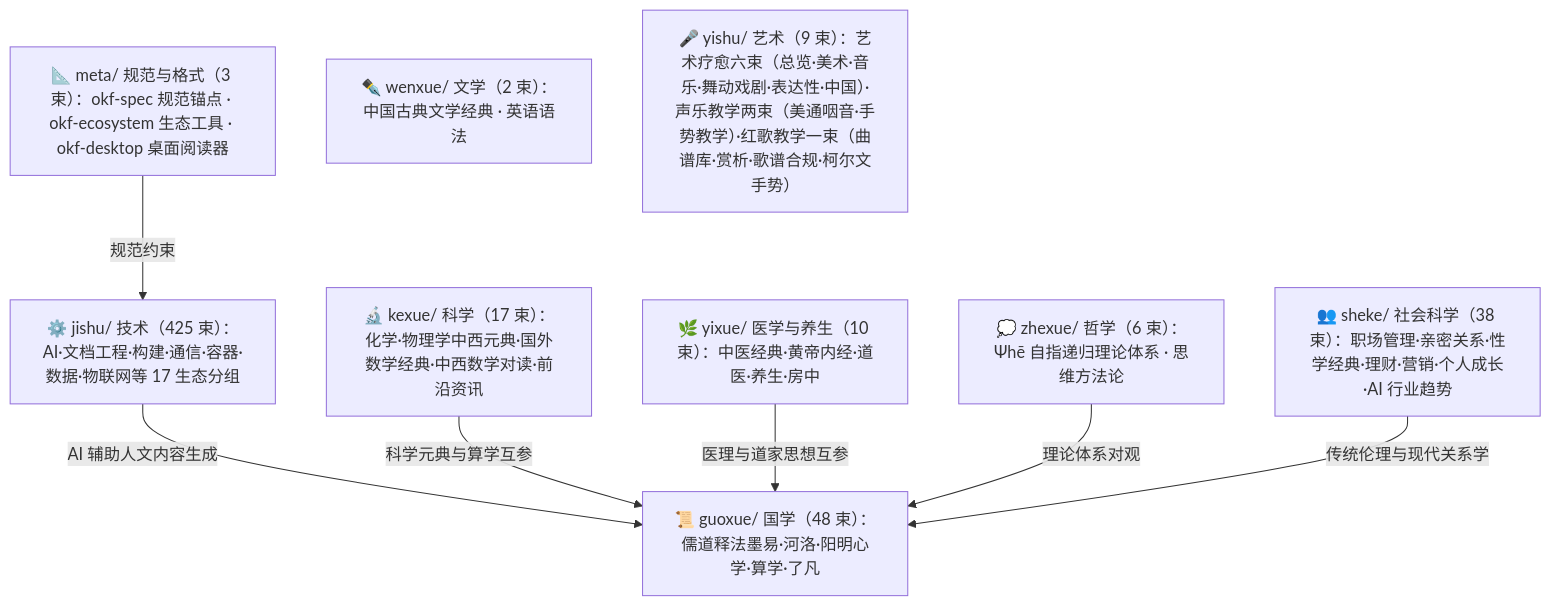
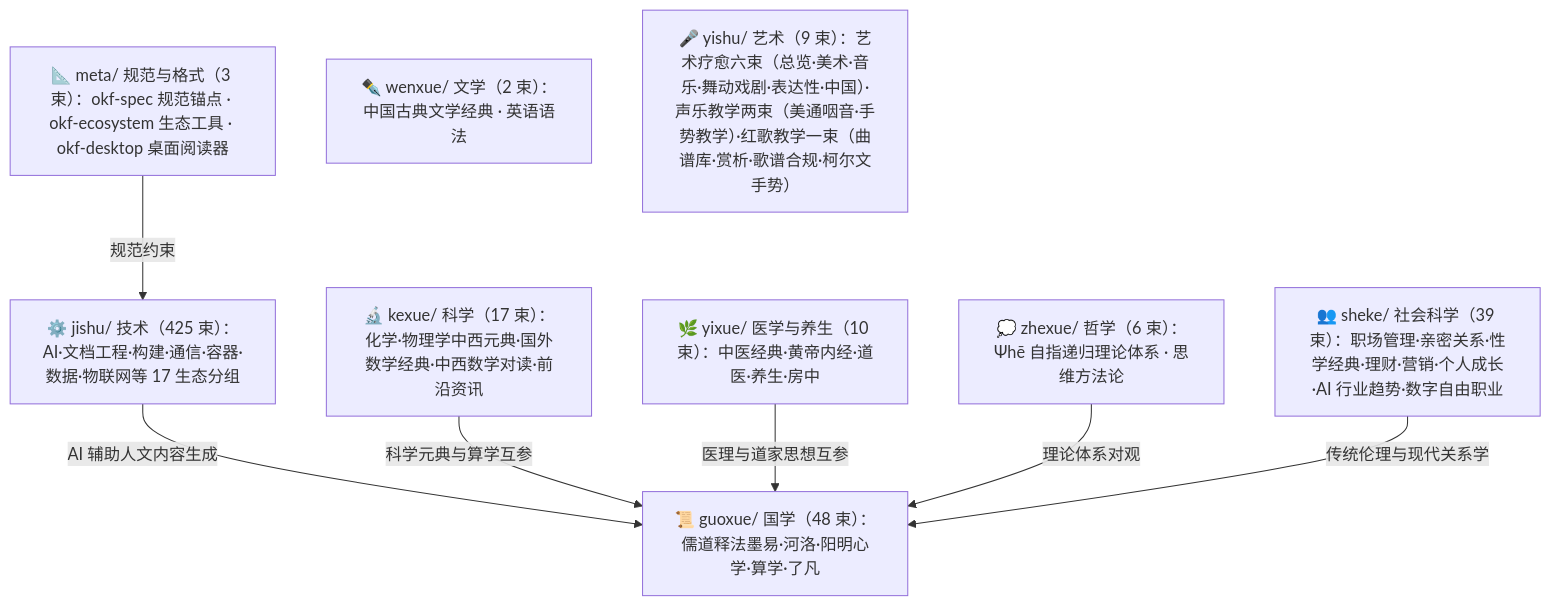
Before and after one commit to awesome-flexloop/awesome-okf: the diagram in doc/bundles/index.md, drawn with Mermaid. The commit also changed other lines of this file and 14 other files, not shown here.

````diff
--- a/doc/bundles/index.md
+++ b/doc/bundles/index.md
@@ -21,18 +21,18 @@
 ```mermaid
 flowchart TD
     meta["📐 meta/ 规范与格式（3 束）：okf-spec 规范锚点 · okf-ecosystem 生态工具 · okf-desktop 桌面阅读器"]
     guoxue["📜 guoxue/ 国学（48 束）：儒道释法墨易·河洛·阳明心学·算学·了凡"]
     zhexue["💭 zhexue/ 哲学（6 束）：Ψhē 自指递归理论体系 · 思维方法论"]
     kexue["🔬 kexue/ 科学（17 束）：化学·物理学中西元典·国外数学经典·中西数学对读·前沿资讯"]
     wenxue["✒️ wenxue/ 文学（2 束）：中国古典文学经典 · 英语语法"]
     yixue["🌿 yixue/ 医学与养生（10 束）：中医经典·黄帝内经·道医·养生·房中"]
-    sheke["👥 sheke/ 社会科学（38 束）：职场管理·亲密关系·性学经典·理财·营销·个人成长·AI 行业趋势"]
+    sheke["👥 sheke/ 社会科学（39 束）：职场管理·亲密关系·性学经典·理财·营销·个人成长·AI 行业趋势·数字自由职业"]
     yishu["🎤 yishu/ 艺术（9 束）：艺术疗愈六束（总览·美术·音乐·舞动戏剧·表达性·中国）·声乐教学两束（美通咽音·手势教学）·红歌教学一束（曲谱库·赏析·歌谱合规·柯尔文手势）"]
     jishu["⚙️ jishu/ 技术（425 束）：AI·文档工程·构建·通信·容器·数据·物联网等 17 生态分组"]
     meta -->|"规范约束"| jishu
     jishu -->|"AI 辅助人文内容生成"| guoxue
     kexue -->|"科学元典与算学互参"| guoxue
     yixue -->|"医理与道家思想互参"| guoxue
     zhexue -->|"理论体系对观"| guoxue
     sheke -->|"传统伦理与现代关系学"| guoxue
 ```
````
